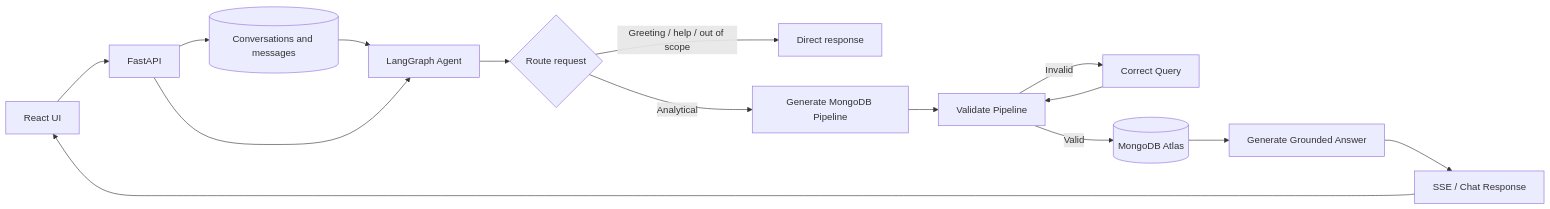
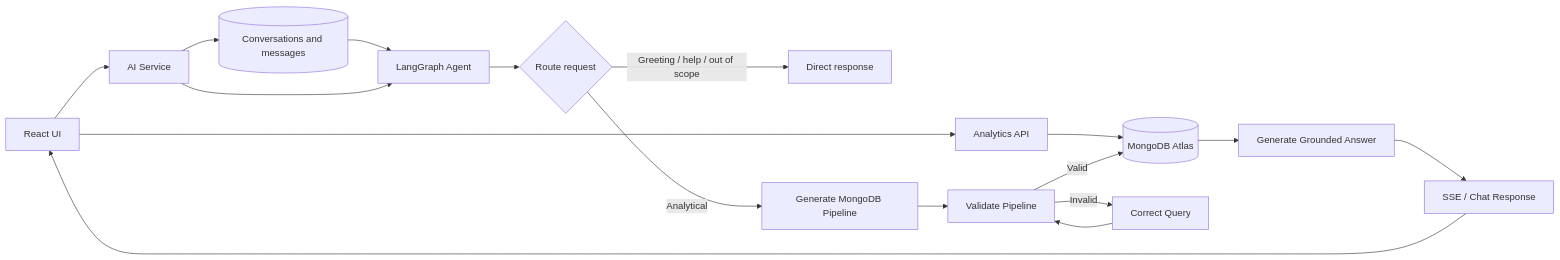
Before and after one commit to abdalrahmanalmahrouq/procurement-ai-assistant: the diagram in README.md, drawn with Mermaid. The commit also changed other lines of this file and 10 other files, not shown here.

````diff
--- a/README.md
+++ b/README.md
@@ -43,17 +45,19 @@
 ```mermaid
 flowchart LR
-    U[React UI] --> API[FastAPI]
-    API --> H[(Conversations and messages)]
+    U[React UI] --> API[Analytics API]
+    U --> AI[AI Service]
+    API --> M[(MongoDB Atlas)]
+    AI --> H[(Conversations and messages)]
     H --> G
-    API --> G[LangGraph Agent]
+    AI --> G[LangGraph Agent]
     G --> R{Route request}
     R -->|Greeting / help / out of scope| D[Direct response]
     R -->|Analytical| Q[Generate MongoDB Pipeline]
     Q --> V[Validate Pipeline]
     V -->|Invalid| C[Correct Query]
     C --> V
-    V -->|Valid| M[(MongoDB Atlas)]
+    V -->|Valid| M
     M --> A[Generate Grounded Answer]
     A --> S[SSE / Chat Response]
     S --> U
 ```
````
